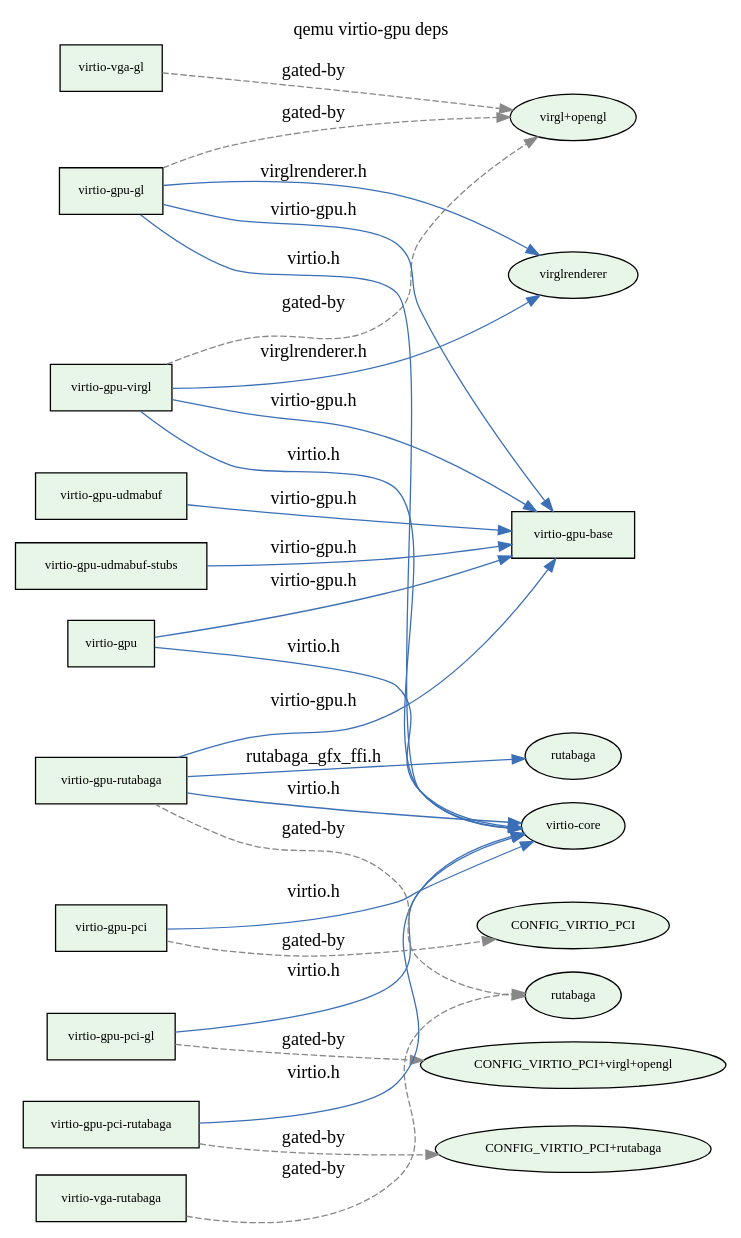
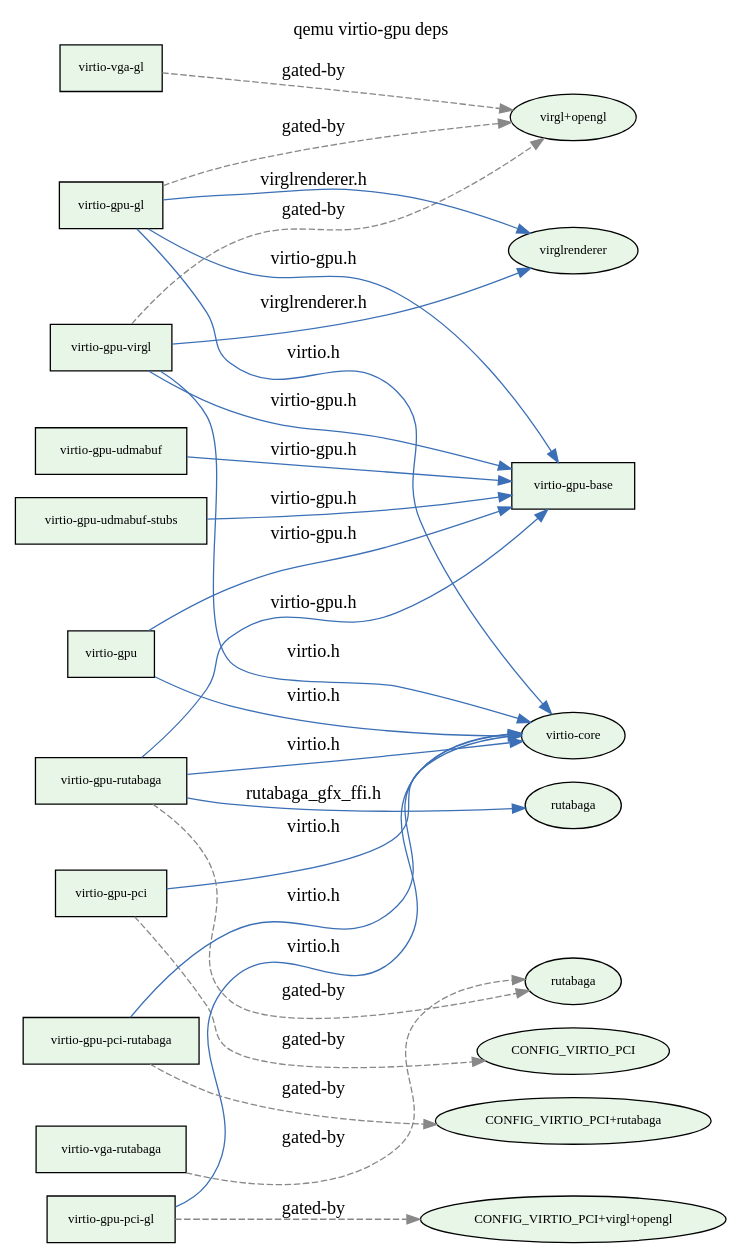
The diagram in results/depgraph/qemu.dot (vm-final-project/virtio-gpu), drawn with Graphviz before and after one commit. The commit also changed other lines of this file and 170 other files, not shown here.

```diff
--- a/results/depgraph/qemu.dot
+++ b/results/depgraph/qemu.dot
@@ -1,49 +1,49 @@
 digraph "qemu virtio-gpu deps" {
   rankdir=LR;
   node [fontsize=10];
   label="qemu virtio-gpu deps"; labelloc=t; fontsize=14;
+  "qemu:virtio-gpu-virgl" [label="virtio-gpu-virgl",shape=box,style=filled,fillcolor="#e8f6e8"];
+  "qemu:virtio-gpu" [label="virtio-gpu",shape=box,style=filled,fillcolor="#e8f6e8"];
+  "qemu:virtio-gpu-pci" [label="virtio-gpu-pci",shape=box,style=filled,fillcolor="#e8f6e8"];
+  "qemu:feat:CONFIG_VIRTIO_PCI+rutabaga" [label="CONFIG_VIRTIO_PCI+rutabaga",shape=ellipse,style=filled,fillcolor="#e8f6e8"];
+  "qemu:virtio-gpu-gl" [label="virtio-gpu-gl",shape=box,style=filled,fillcolor="#e8f6e8"];
+  "qemu:virtio-vga-rutabaga" [label="virtio-vga-rutabaga",shape=box,style=filled,fillcolor="#e8f6e8"];
+  "qemu:virtio-gpu-udmabuf-stubs" [label="virtio-gpu-udmabuf-stubs",shape=box,style=filled,fillcolor="#e8f6e8"];
+  "qemu:virtio-gpu-pci-gl" [label="virtio-gpu-pci-gl",shape=box,style=filled,fillcolor="#e8f6e8"];
+  "qemu:ext:virtio-core" [label="virtio-core",shape=ellipse,style=filled,fillcolor="#e8f6e8"];
+  "qemu:feat:rutabaga" [label="rutabaga",shape=ellipse,style=filled,fillcolor="#e8f6e8"];
+  "qemu:feat:virgl+opengl" [label="virgl+opengl",shape=ellipse,style=filled,fillcolor="#e8f6e8"];
   "qemu:virtio-vga-gl" [label="virtio-vga-gl",shape=box,style=filled,fillcolor="#e8f6e8"];
-  "qemu:virtio-gpu-virgl" [label="virtio-gpu-virgl",shape=box,style=filled,fillcolor="#e8f6e8"];
   "qemu:feat:CONFIG_VIRTIO_PCI+virgl+opengl" [label="CONFIG_VIRTIO_PCI+virgl+opengl",shape=ellipse,style=filled,fillcolor="#e8f6e8"];
+  "qemu:virtio-gpu-rutabaga" [label="virtio-gpu-rutabaga",shape=box,style=filled,fillcolor="#e8f6e8"];
+  "qemu:ext:rutabaga" [label="rutabaga",shape=ellipse,style=filled,fillcolor="#e8f6e8"];
+  "qemu:virtio-gpu-udmabuf" [label="virtio-gpu-udmabuf",shape=box,style=filled,fillcolor="#e8f6e8"];
+  "qemu:virtio-gpu-base" [label="virtio-gpu-base",shape=box,style=filled,fillcolor="#e8f6e8"];
+  "qemu:virtio-gpu-pci-rutabaga" [label="virtio-gpu-pci-rutabaga",shape=box,style=filled,fillcolor="#e8f6e8"];
+  "qemu:ext:virglrenderer" [label="virglrenderer",shape=ellipse,style=filled,fillcolor="#e8f6e8"];
   "qemu:feat:CONFIG_VIRTIO_PCI" [label="CONFIG_VIRTIO_PCI",shape=ellipse,style=filled,fillcolor="#e8f6e8"];
-  "qemu:virtio-gpu-pci-gl" [label="virtio-gpu-pci-gl",shape=box,style=filled,fillcolor="#e8f6e8"];
-  "qemu:virtio-vga-rutabaga" [label="virtio-vga-rutabaga",shape=box,style=filled,fillcolor="#e8f6e8"];
-  "qemu:feat:CONFIG_VIRTIO_PCI+rutabaga" [label="CONFIG_VIRTIO_PCI+rutabaga",shape=ellipse,style=filled,fillcolor="#e8f6e8"];
-  "qemu:virtio-gpu-pci-rutabaga" [label="virtio-gpu-pci-rutabaga",shape=box,style=filled,fillcolor="#e8f6e8"];
-  "qemu:virtio-gpu-rutabaga" [label="virtio-gpu-rutabaga",shape=box,style=filled,fillcolor="#e8f6e8"];
-  "qemu:virtio-gpu" [label="virtio-gpu",shape=box,style=filled,fillcolor="#e8f6e8"];
-  "qemu:virtio-gpu-udmabuf" [label="virtio-gpu-udmabuf",shape=box,style=filled,fillcolor="#e8f6e8"];
-  "qemu:feat:rutabaga" [label="rutabaga",shape=ellipse,style=filled,fillcolor="#e8f6e8"];
-  "qemu:virtio-gpu-base" [label="virtio-gpu-base",shape=box,style=filled,fillcolor="#e8f6e8"];
-  "qemu:ext:rutabaga" [label="rutabaga",shape=ellipse,style=filled,fillcolor="#e8f6e8"];
-  "qemu:feat:virgl+opengl" [label="virgl+opengl",shape=ellipse,style=filled,fillcolor="#e8f6e8"];
-  "qemu:virtio-gpu-gl" [label="virtio-gpu-gl",shape=box,style=filled,fillcolor="#e8f6e8"];
-  "qemu:ext:virglrenderer" [label="virglrenderer",shape=ellipse,style=filled,fillcolor="#e8f6e8"];
-  "qemu:virtio-gpu-udmabuf-stubs" [label="virtio-gpu-udmabuf-stubs",shape=box,style=filled,fillcolor="#e8f6e8"];
-  "qemu:virtio-gpu-pci" [label="virtio-gpu-pci",shape=box,style=filled,fillcolor="#e8f6e8"];
-  "qemu:ext:virtio-core" [label="virtio-core",shape=ellipse,style=filled,fillcolor="#e8f6e8"];
   "qemu:virtio-gpu-gl" -> "qemu:ext:virtio-core" [color="#3b6fb6",label="virtio.h"];
   "qemu:virtio-gpu-gl" -> "qemu:virtio-gpu-base" [color="#3b6fb6",label="virtio-gpu.h"];
   "qemu:virtio-gpu-gl" -> "qemu:ext:virglrenderer" [color="#3b6fb6",label="virglrenderer.h"];
   "qemu:virtio-gpu-pci-gl" -> "qemu:ext:virtio-core" [color="#3b6fb6",label="virtio.h"];
   "qemu:virtio-gpu-pci-rutabaga" -> "qemu:ext:virtio-core" [color="#3b6fb6",label="virtio.h"];
   "qemu:virtio-gpu-pci" -> "qemu:ext:virtio-core" [color="#3b6fb6",label="virtio.h"];
   "qemu:virtio-gpu-rutabaga" -> "qemu:ext:virtio-core" [color="#3b6fb6",label="virtio.h"];
   "qemu:virtio-gpu-rutabaga" -> "qemu:virtio-gpu-base" [color="#3b6fb6",label="virtio-gpu.h"];
   "qemu:virtio-gpu-rutabaga" -> "qemu:ext:rutabaga" [color="#3b6fb6",label="rutabaga_gfx_ffi.h"];
   "qemu:virtio-gpu-udmabuf-stubs" -> "qemu:virtio-gpu-base" [color="#3b6fb6",label="virtio-gpu.h"];
   "qemu:virtio-gpu-udmabuf" -> "qemu:virtio-gpu-base" [color="#3b6fb6",label="virtio-gpu.h"];
   "qemu:virtio-gpu-virgl" -> "qemu:ext:virtio-core" [color="#3b6fb6",label="virtio.h"];
   "qemu:virtio-gpu-virgl" -> "qemu:virtio-gpu-base" [color="#3b6fb6",label="virtio-gpu.h"];
   "qemu:virtio-gpu-virgl" -> "qemu:ext:virglrenderer" [color="#3b6fb6",label="virglrenderer.h"];
   "qemu:virtio-gpu" -> "qemu:ext:virtio-core" [color="#3b6fb6",label="virtio.h"];
   "qemu:virtio-gpu" -> "qemu:virtio-gpu-base" [color="#3b6fb6",label="virtio-gpu.h"];
   "qemu:virtio-gpu-gl" -> "qemu:feat:virgl+opengl" [style=dashed,color="#888888",label="gated-by"];
   "qemu:virtio-gpu-virgl" -> "qemu:feat:virgl+opengl" [style=dashed,color="#888888",label="gated-by"];
   "qemu:virtio-gpu-rutabaga" -> "qemu:feat:rutabaga" [style=dashed,color="#888888",label="gated-by"];
   "qemu:virtio-gpu-pci" -> "qemu:feat:CONFIG_VIRTIO_PCI" [style=dashed,color="#888888",label="gated-by"];
   "qemu:virtio-gpu-pci-gl" -> "qemu:feat:CONFIG_VIRTIO_PCI+virgl+opengl" [style=dashed,color="#888888",label="gated-by"];
   "qemu:virtio-gpu-pci-rutabaga" -> "qemu:feat:CONFIG_VIRTIO_PCI+rutabaga" [style=dashed,color="#888888",label="gated-by"];
   "qemu:virtio-vga-gl" -> "qemu:feat:virgl+opengl" [style=dashed,color="#888888",label="gated-by"];
   "qemu:virtio-vga-rutabaga" -> "qemu:feat:rutabaga" [style=dashed,color="#888888",label="gated-by"];
 }
```
